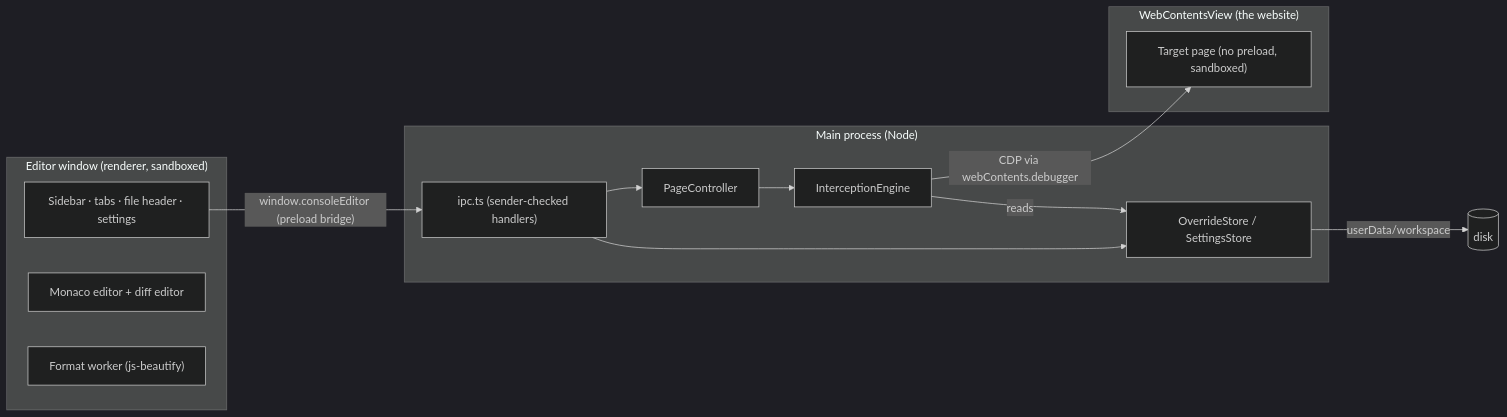
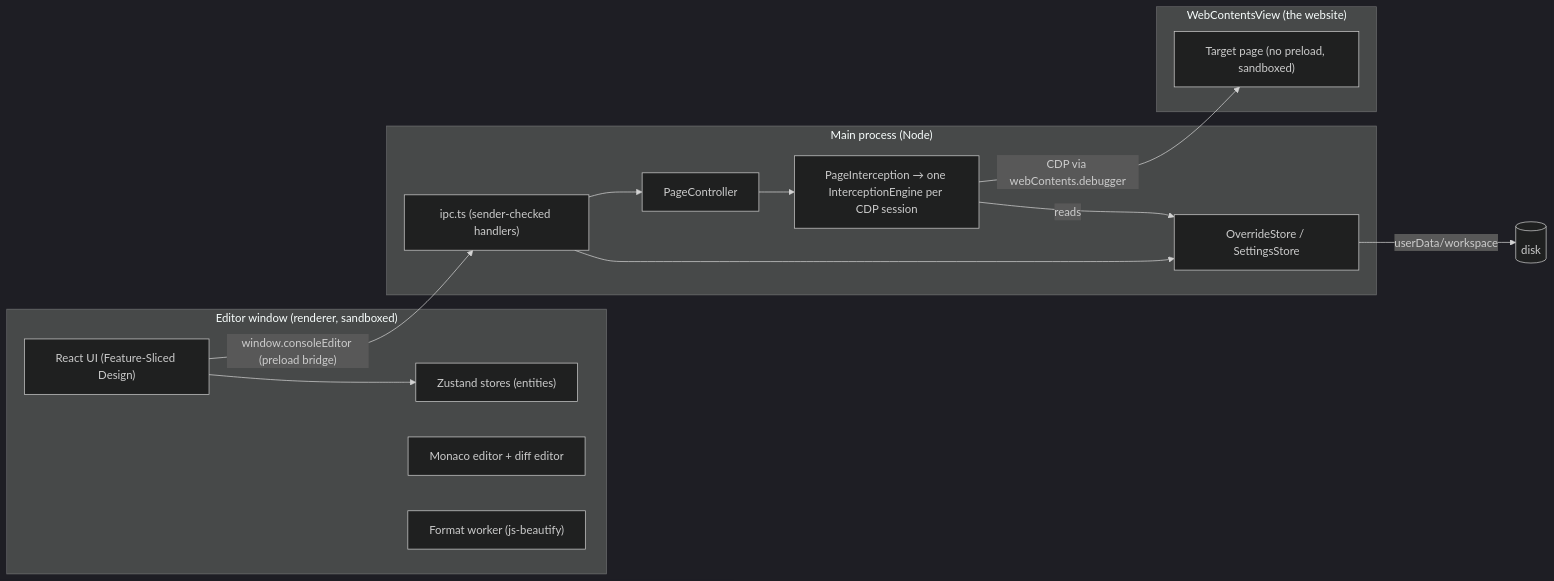
Before and after one commit to olehwebdev/console-editor: the diagram in docs/SPEC.md, drawn with Mermaid (dark theme). The commit also changed other lines of this file and 185 other files, not shown here.

````diff
--- a/docs/SPEC.md
+++ b/docs/SPEC.md
@@ -38,24 +39,26 @@
 ```mermaid
 flowchart LR
   subgraph Renderer["Editor window (renderer, sandboxed)"]
-    UI["Sidebar · tabs · file header · settings"]
+    UI["React UI (Feature-Sliced Design)"]
+    State["Zustand stores (entities)"]
     Monaco["Monaco editor + diff editor"]
     Fmt["Format worker (js-beautify)"]
   end
   subgraph Main["Main process (Node)"]
     IPC["ipc.ts (sender-checked handlers)"]
     PC["PageController"]
-    Engine["InterceptionEngine"]
+    Engine["PageInterception → one InterceptionEngine per CDP session"]
     Store["OverrideStore / SettingsStore"]
   end
   subgraph View["WebContentsView (the website)"]
     Site["Target page (no preload, sandboxed)"]
   end
+  UI --> State
   UI -- "window.consoleEditor (preload bridge)" --> IPC
   IPC --> PC
   IPC --> Store
   PC --> Engine
   Engine -- "CDP via webContents.debugger" --> Site
   Engine -- reads --> Store
   Store -- "userData/workspace" --> Disk[(disk)]
 ```
````
